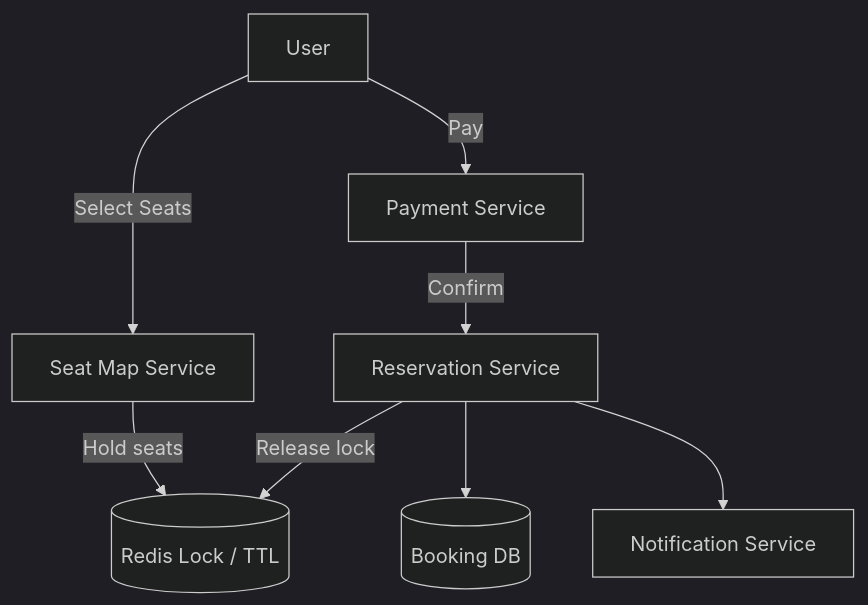
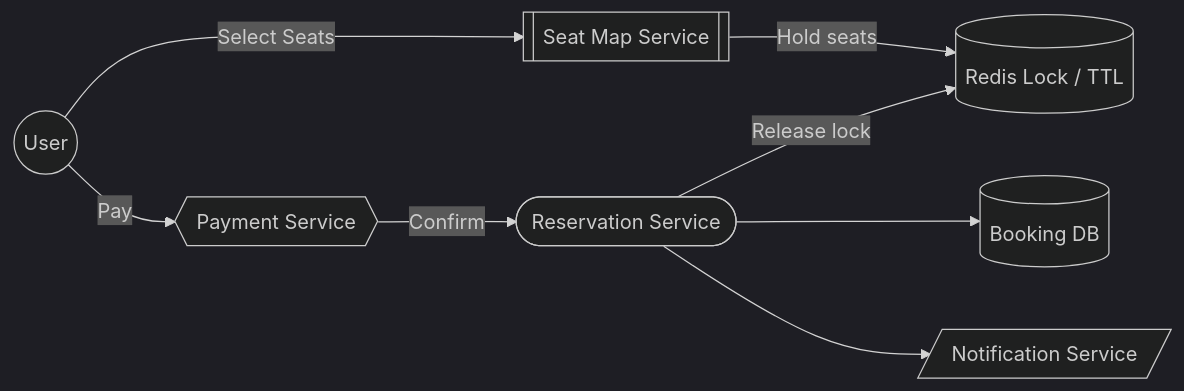
One commit to saivamsikaruturi/vamsilabs-dev-notes-main changed the eighth of 12 diagrams in docs/interview/system-design.md. Above: the diagram before and after it, drawn with Mermaid (dark theme). The commit also changed other lines of this file and 146 other files, not shown here.

Commit message:
Horizontal diagrams, UML class diagrams, typography overhaul, and permalink cleanup

````diff
--- a/docs/interview/system-design.md
+++ b/docs/interview/system-design.md
@@ -564,10 +564,10 @@
     ```mermaid
-    flowchart TD
-        User -->|Select Seats| SeatMap[Seat Map Service]
+    flowchart LR
+        User(("User")) -->|Select Seats| SeatMap[["Seat Map Service"]]
         SeatMap -->|Hold seats| Redis[(Redis Lock / TTL)]
-        User -->|Pay| Payment[Payment Service]
-        Payment -->|Confirm| Booking[Reservation Service]
+        User -->|Pay| Payment{{"Payment Service"}}
+        Payment -->|Confirm| Booking(["Reservation Service"])
         Booking -->|Release lock| Redis
         Booking --> DB[(Booking DB)]
-        Booking --> Notify[Notification Service]
+        Booking --> Notify[/"Notification Service"/]
     ```
````
